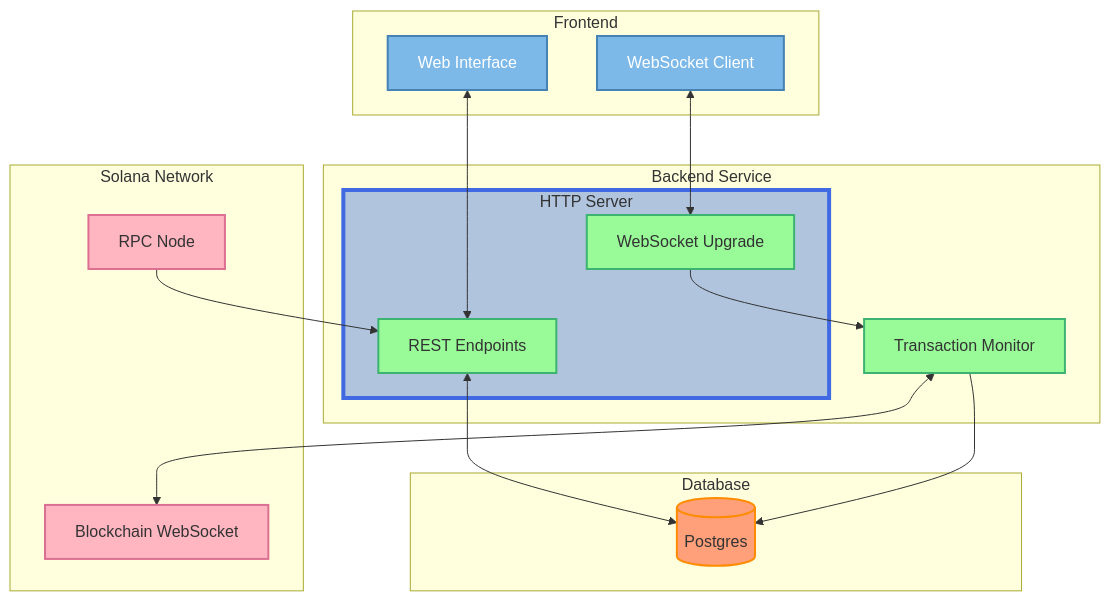
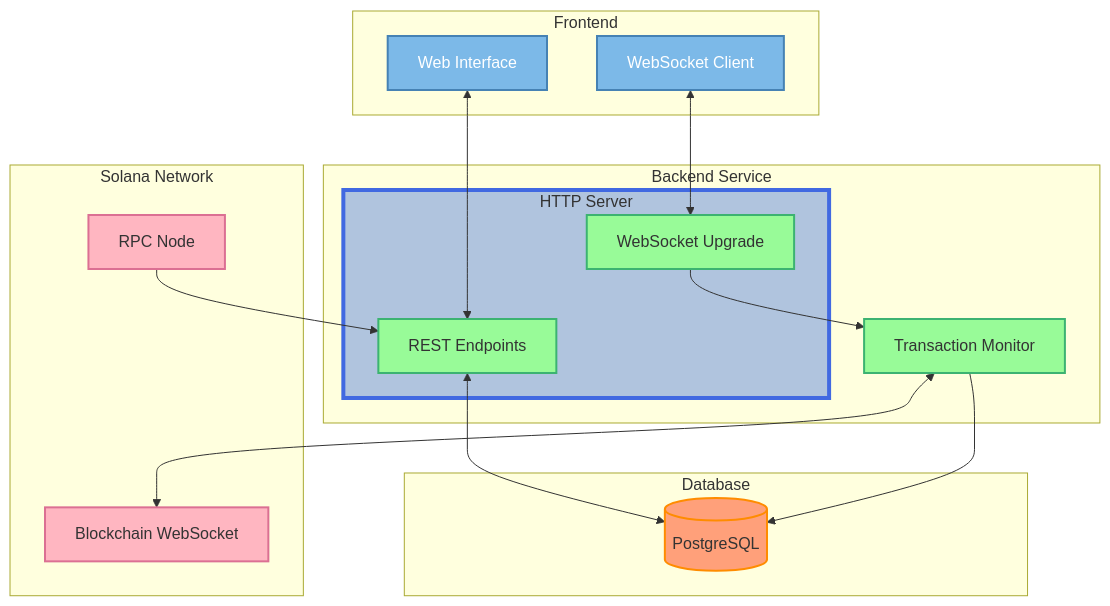
One commit to jakobsym/aura changed the diagram in README.md. Above: the diagram before and after it, drawn with Mermaid. The commit also changed 6 other files, not shown here.

````diff
--- a/README.md
+++ b/README.md
@@ -2,44 +2,44 @@
 ```mermaid
 flowchart TD
     subgraph UI[Frontend]
         WEB[Web Interface]
         WS_CLIENT[WebSocket Client]
     end
 
     subgraph Backend[Backend Service]
         subgraph HTTP_SERVER[HTTP Server]
             API[REST Endpoints]
             WS[WebSocket Upgrade]
         end
         MONITOR[Transaction Monitor]
     end
 
     subgraph Database[Database]
-        DB[(Postgres)]
+        DB[(PostgreSQL)]
     end
 
     subgraph Blockchain[Solana Network]
         RPC[RPC Node]
         BC_WS[Blockchain WebSocket]
     end
 
     WEB <--> API
     WS_CLIENT <--> WS
     API <--> DB
     RPC --> API
     WS --> MONITOR
     MONITOR <--> BC_WS
     MONITOR --> DB
 
     classDef frontend fill:#7CB9E8,stroke:#4682B4,stroke-width:2px,color:white
     classDef backend fill:#98FB98,stroke:#3CB371,stroke-width:2px,color:#333
     classDef blockchain fill:#FFB6C1,stroke:#DB7093,stroke-width:2px,color:#333
     classDef database fill:#FFA07A,stroke:#FF8C00,stroke-width:2px,color:#333
     classDef server fill:#B0C4DE,stroke:#4169E1,stroke-width:4px,color:#333
 
     class WEB,WS_CLIENT frontend
     class API,WS,MONITOR backend
     class HTTP_SERVER server
     class RPC,BC_WS blockchain
     class DB database
 ```
````
